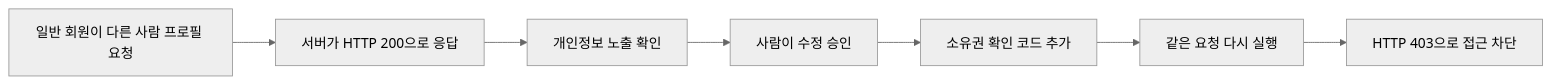
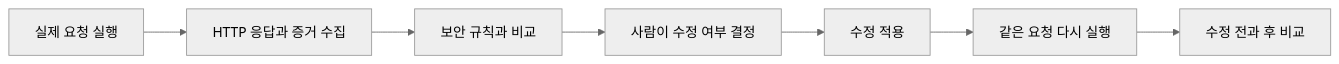
One commit to dlwldn4824/codex_community changed the fourth of 5 diagrams in README.md. Above: the diagram before and after it, drawn with Mermaid (neutral theme). The commit also changed other lines of this file and 3 other files, not shown here.

````diff
--- a/README.md
+++ b/README.md
@@ -38,9 +120,9 @@
 ```mermaid
 flowchart LR
-  A[일반 회원이 다른 사람 프로필 요청] --> B[서버가 HTTP 200으로 응답]
-  B --> C[개인정보 노출 확인]
-  C --> D[사람이 수정 승인]
-  D --> E[소유권 확인 코드 추가]
+  A[실제 요청 실행] --> B[HTTP 응답과 증거 수집]
+  B --> C[보안 규칙과 비교]
+  C --> D[사람이 수정 여부 결정]
+  D --> E[수정 적용]
   E --> F[같은 요청 다시 실행]
-  F --> G[HTTP 403으로 접근 차단]
+  F --> G[수정 전과 후 비교]
 ```
````
